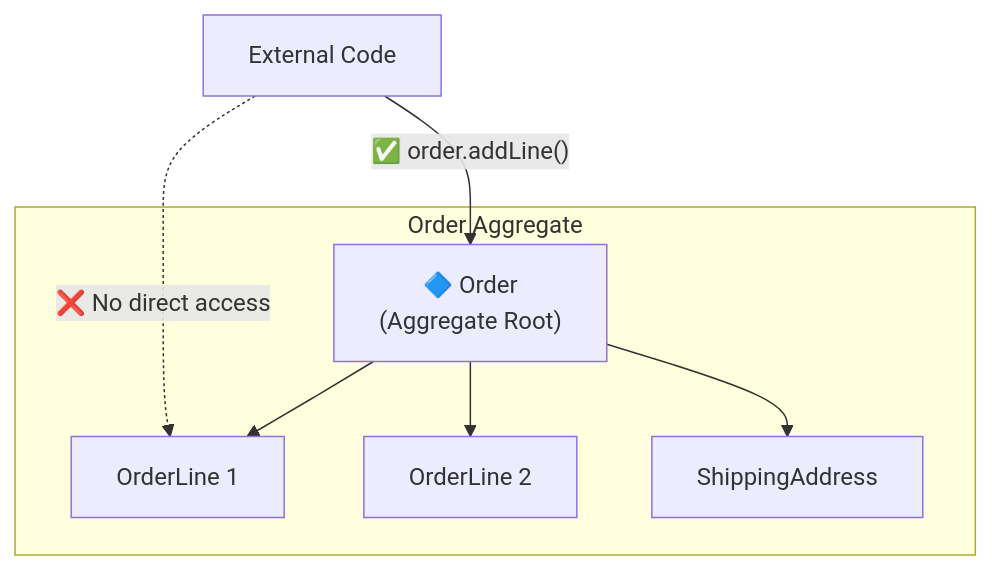
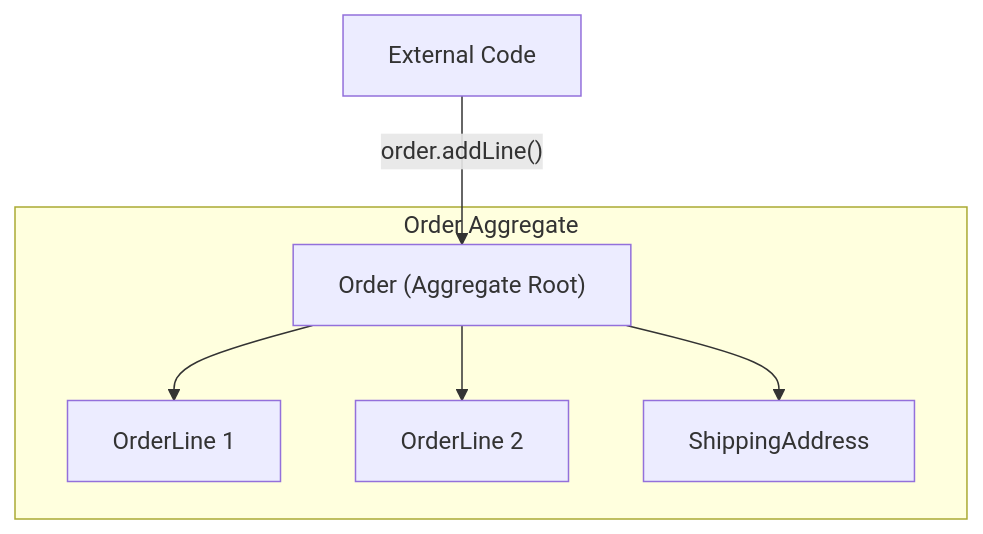
Before and after one commit to advanced-beginner/advanced-beginner.github.io: the second of 3 diagrams in content/en/docs/ddd/quick-start/_index.md, drawn with Mermaid. The commit also changed other lines of this file and 26 other files, not shown here.

````diff
--- a/content/en/docs/ddd/quick-start/_index.md
+++ b/content/en/docs/ddd/quick-start/_index.md
@@ -260,17 +218,16 @@
 ```mermaid
 flowchart TB
     subgraph OrderAggregate["Order Aggregate"]
-        Order["🔷 Order<br>(Aggregate Root)"]
+        Order["Order (Aggregate Root)"]
         OL1["OrderLine 1"]
         OL2["OrderLine 2"]
         ADDR["ShippingAddress"]
 
         Order --> OL1
         Order --> OL2
         Order --> ADDR
     end
 
     External["External Code"]
-    External -->|"✅ order.addLine()"| Order
-    External -.->|"❌ No direct access"| OL1
+    External -->|"order.addLine()"| Order
 ```
````
